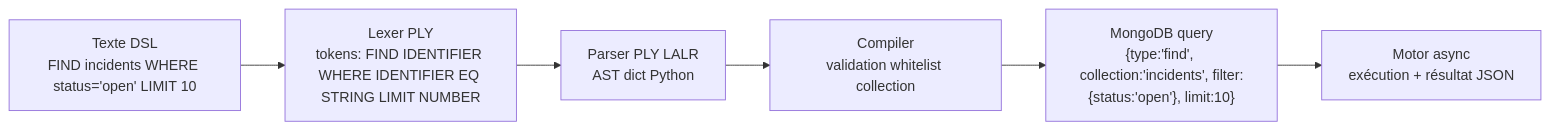
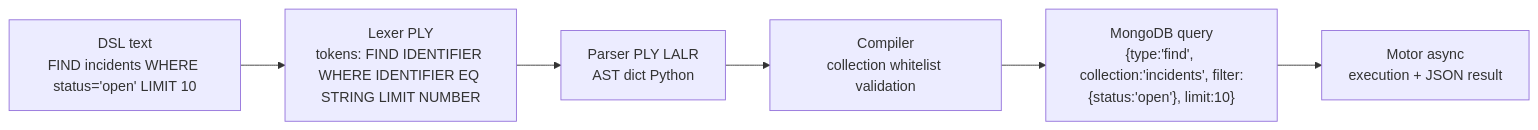
One commit to creibaud/QuartierConnect changed diagram 13 of 21 in docs/ARCHITECTURE.md. Above: the diagram before and after it, drawn with Mermaid. The commit also changed other lines of this file and 155 other files, not shown here.

````diff
--- a/docs/ARCHITECTURE.md
+++ b/docs/ARCHITECTURE.md
@@ -487,11 +489,11 @@
 ```mermaid
 flowchart LR
-    A["Texte DSL<br/>FIND incidents WHERE status='open' LIMIT 10"]
+    A["DSL text<br/>FIND incidents WHERE status='open' LIMIT 10"]
     B["Lexer PLY<br/>tokens: FIND IDENTIFIER WHERE IDENTIFIER EQ STRING LIMIT NUMBER"]
     C["Parser PLY LALR<br/>AST dict Python"]
-    D["Compiler<br/>validation whitelist collection"]
+    D["Compiler<br/>collection whitelist validation"]
     E["MongoDB query<br/>{type:'find', collection:'incidents', filter:{status:'open'}, limit:10}"]
-    F["Motor async<br/>exécution + résultat JSON"]
+    F["Motor async<br/>execution + JSON result"]
 
     A --> B --> C --> D --> E --> F
 ```
````
